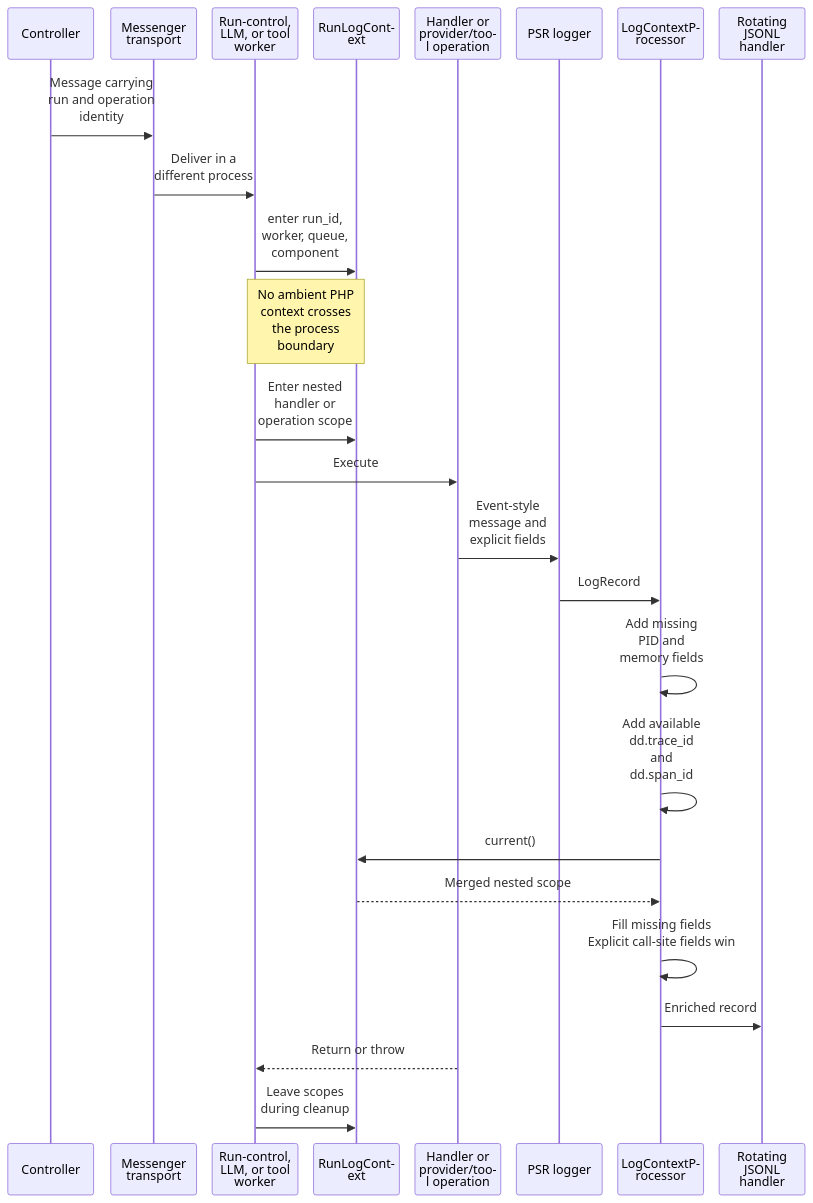
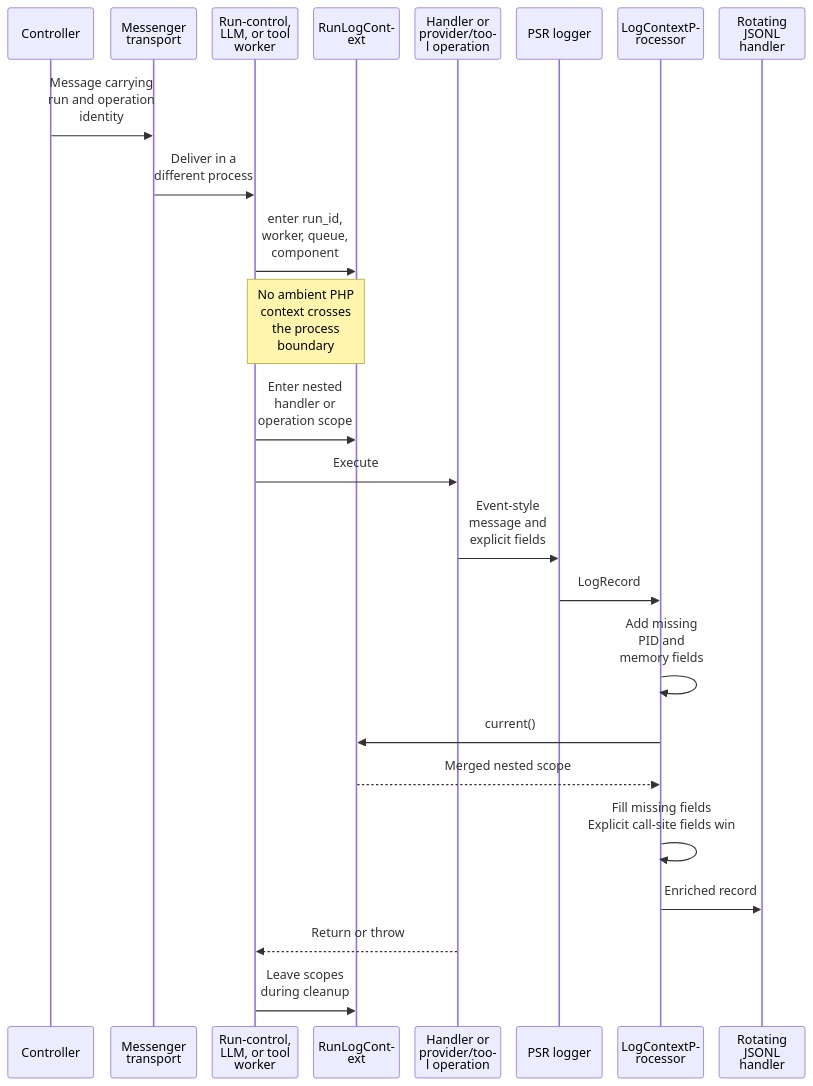
Before and after one commit to ineersa/agent-core: the third of 6 diagrams in architecture/logging.md, drawn with Mermaid. The commit also changed other lines of this file and 11 other files, not shown here.

````diff
--- a/architecture/logging.md
+++ b/architecture/logging.md
@@ -61,29 +61,28 @@
 ```mermaid
 %%{init: {"sequence": {"wrap": true, "width": 110, "actorMargin": 20, "diagramMarginX": 10, "messageMargin": 30}}}%%
 sequenceDiagram
     participant Controller
     participant Queue as Messenger transport
     participant Worker as Run-control, LLM, or tool worker
     participant Context as RunLogContext
     participant Operation as Handler or provider/tool operation
     participant Logger as PSR logger
     participant Processor as LogContextProcessor
     participant Sink as Rotating JSONL handler
 
     Controller->>Queue: Message carrying run and operation identity
     Queue->>Worker: Deliver in a different process
     Worker->>Context: enter run_id, worker, queue, component
     Note over Worker,Context: No ambient PHP context crosses the process boundary
     Worker->>Context: Enter nested handler or operation scope
     Worker->>Operation: Execute
     Operation->>Logger: Event-style message and explicit fields
     Logger->>Processor: LogRecord
     Processor->>Processor: Add missing PID and memory fields
-    Processor->>Processor: Add available dd.trace_id and dd.span_id
     Processor->>Context: current()
     Context-->>Processor: Merged nested scope
     Processor->>Processor: Fill missing fields<br/>Explicit call-site fields win
     Processor->>Sink: Enriched record
     Operation-->>Worker: Return or throw
     Worker->>Context: Leave scopes during cleanup
 ```
````
